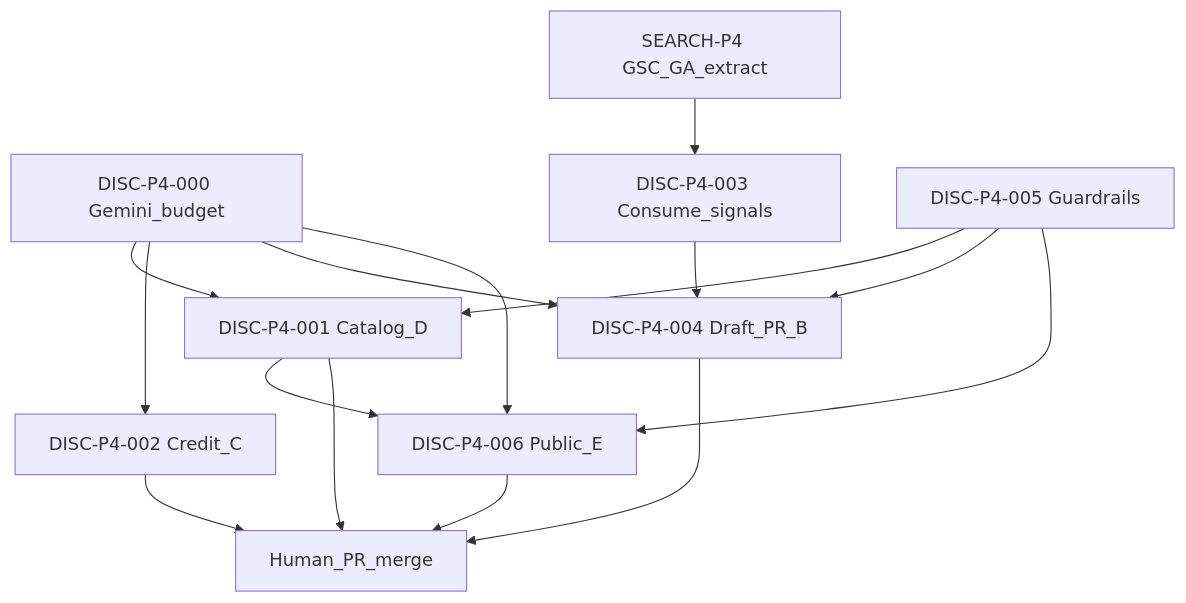
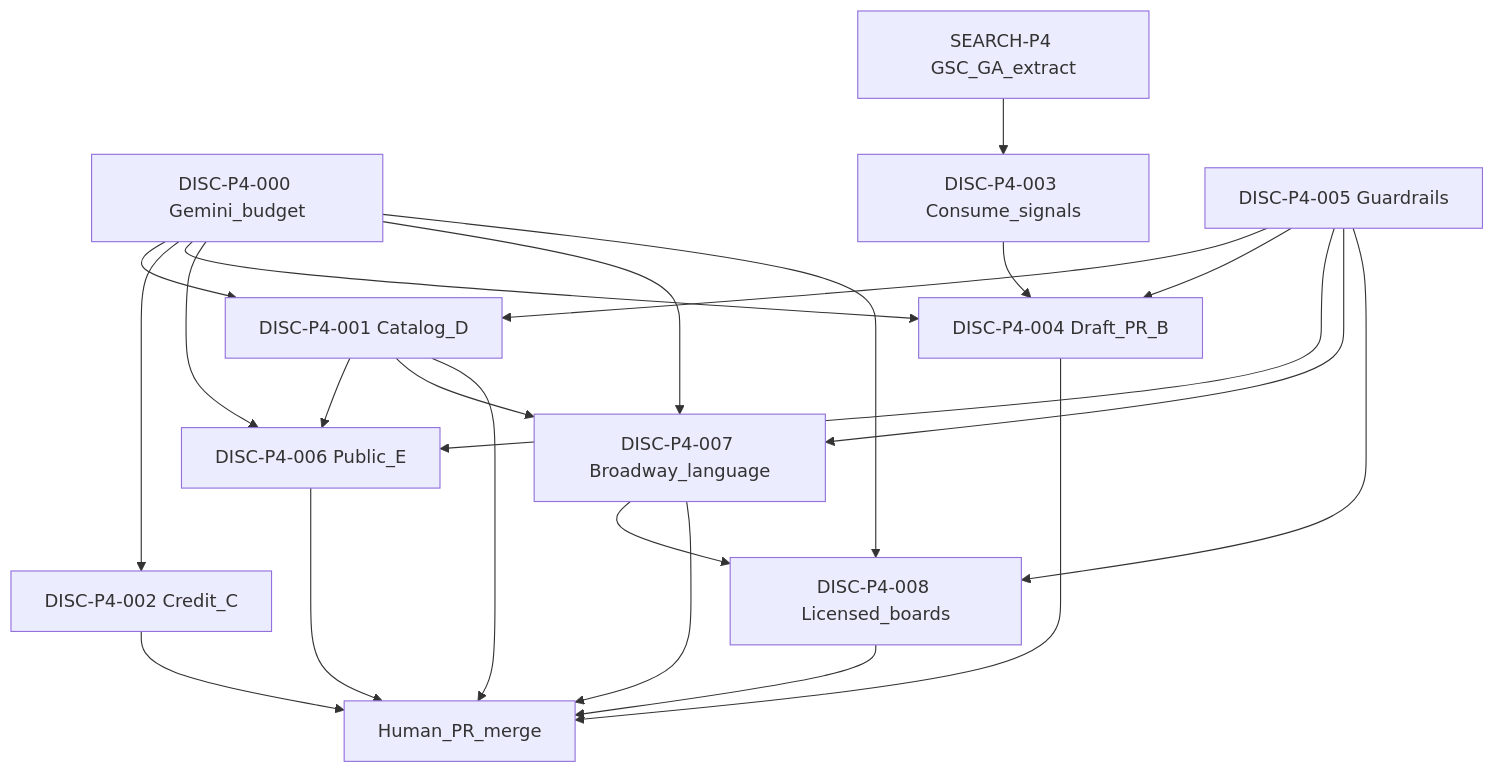
One commit to jefftindall/broadway-portfolio changed the first of 2 diagrams in docs/plans/casting-discoverability.md. Above: the diagram before and after it, drawn with Mermaid. The commit also changed other lines of this file and 2 other files, not shown here.

First line of the commit message:
DISC-P4-007/008: Dual-track Broadway casting keyword discovery

````diff
--- a/docs/plans/casting-discoverability.md
+++ b/docs/plans/casting-discoverability.md
@@ -588,27 +632,37 @@
 ```mermaid
 flowchart TD
   searchP4[SEARCH-P4 GSC_GA_extract]
   p4000[DISC-P4-000 Gemini_budget]
   p4001[DISC-P4-001 Catalog_D]
   p4002[DISC-P4-002 Credit_C]
   p4003[DISC-P4-003 Consume_signals]
   p4004[DISC-P4-004 Draft_PR_B]
   p4005[DISC-P4-005 Guardrails]
   p4006[DISC-P4-006 Public_E]
+  p4007[DISC-P4-007 Broadway_language]
+  p4008[DISC-P4-008 Licensed_boards]
   prGate[Human_PR_merge]
 
   searchP4 --> p4003
   p4000 --> p4001
   p4000 --> p4002
   p4000 --> p4004
   p4000 --> p4006
+  p4000 --> p4007
+  p4000 --> p4008
   p4005 --> p4001
   p4005 --> p4004
   p4005 --> p4006
+  p4005 --> p4007
+  p4005 --> p4008
   p4003 --> p4004
   p4001 --> p4006
+  p4001 --> p4007
+  p4007 --> p4008
   p4001 --> prGate
   p4002 --> prGate
   p4004 --> prGate
   p4006 --> prGate
+  p4007 --> prGate
+  p4008 --> prGate
 ```
````
